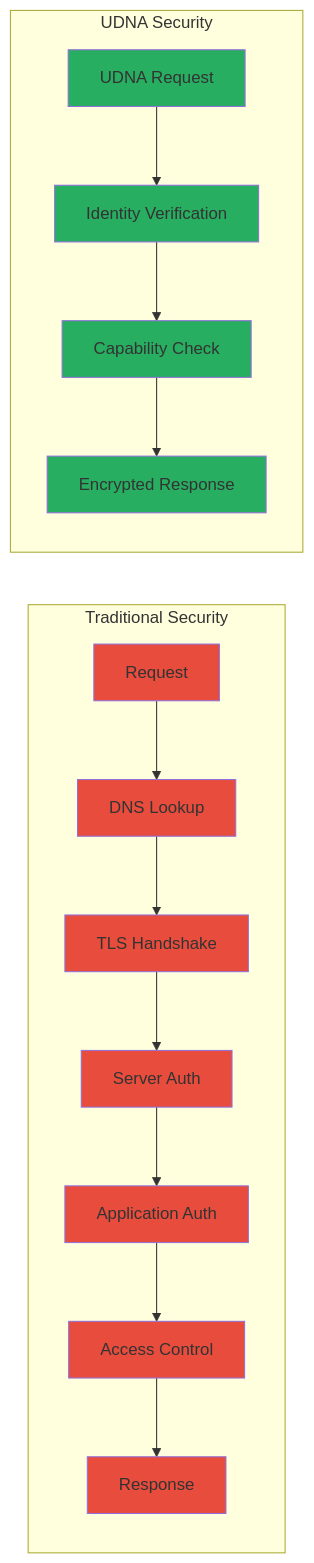
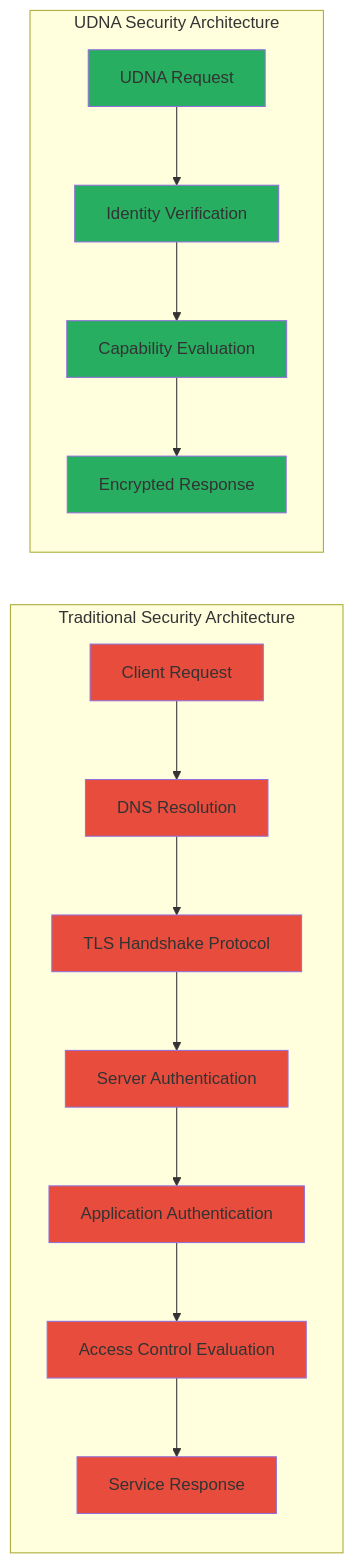
The third of 4 diagrams in README.md (w3c-cg/udna), drawn with Mermaid before and after one commit. The commit also changed other lines of this file, not shown here.

````diff
--- a/README.md
+++ b/README.md
@@ -445,30 +445,30 @@
 ```mermaid
 graph LR
-    subgraph "Traditional Security"
-        A[Request] --> B[DNS Lookup]
-        B --> C[TLS Handshake]
-        C --> D[Server Auth]
-        D --> E[Application Auth]
-        E --> F[Access Control]
-        F --> G[Response]
+    subgraph "Traditional Security Architecture"
+        A[Client Request] --> B[DNS Resolution]
+        B --> C[TLS Handshake Protocol]
+        C --> D[Server Authentication]
+        D --> E[Application Authentication]
+        E --> F[Access Control Evaluation]
+        F --> G[Service Response]
     end
     
-    subgraph "UDNA Security"
+    subgraph "UDNA Security Architecture"
         H[UDNA Request] --> I[Identity Verification]
-        I --> J[Capability Check]
+        I --> J[Capability Evaluation]
         J --> K[Encrypted Response]
     end
     
     style A fill:#e74c3c
     style B fill:#e74c3c
     style C fill:#e74c3c
     style D fill:#e74c3c
     style E fill:#e74c3c
     style F fill:#e74c3c
     style G fill:#e74c3c
     
     style H fill:#27ae60
     style I fill:#27ae60
     style J fill:#27ae60
     style K fill:#27ae60
 ```
````
